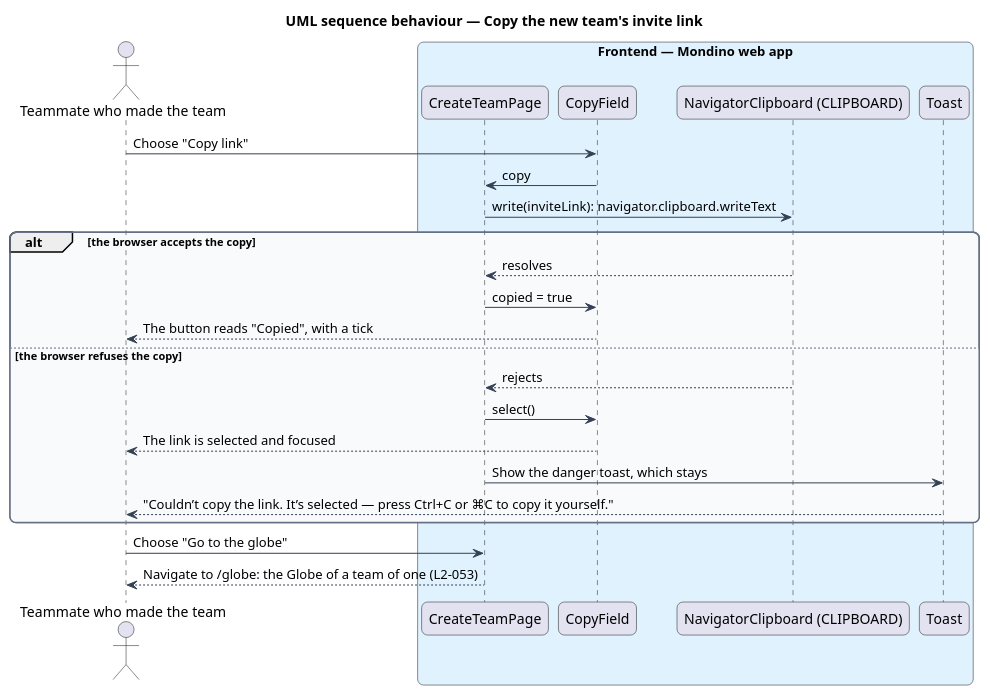
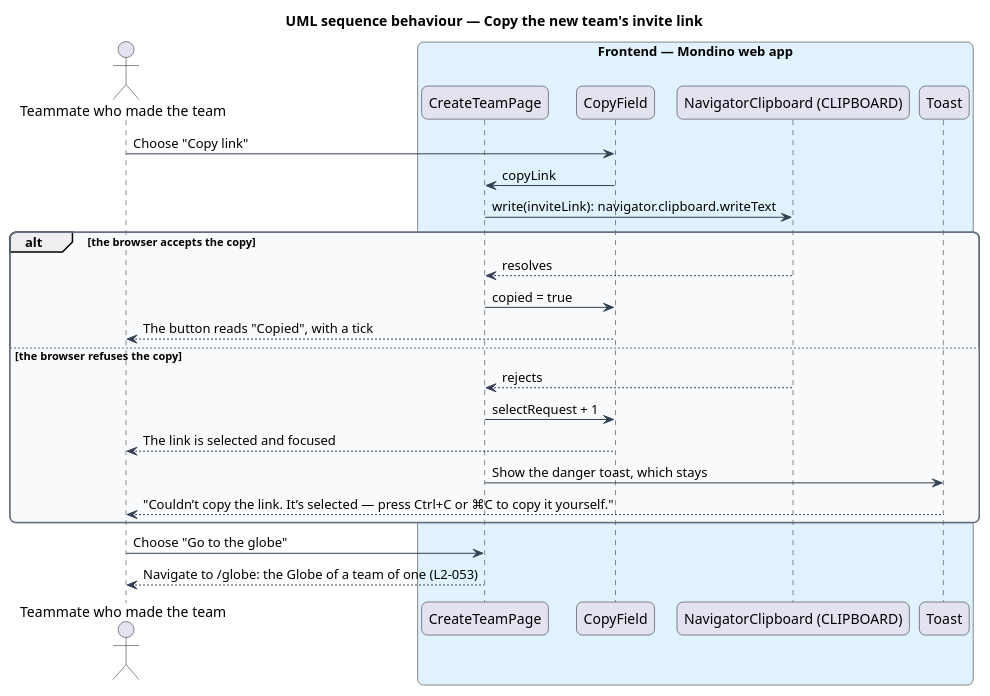
Before and after one commit to QuinntyneBrown/Mondino: the diagram in docs/detailed-designs/joining/make-team/diagrams/sequence-copy-new-invite-link.puml, drawn with PlantUML. The commit also changed 7 other files, not shown here.

Commit message:
Give the new team's invite link to copy, remember the team and lead on to the globe

```diff
--- a/docs/detailed-designs/joining/make-team/diagrams/sequence-copy-new-invite-link.puml
+++ b/docs/detailed-designs/joining/make-team/diagrams/sequence-copy-new-invite-link.puml
@@ -1,40 +1,40 @@
 @startuml
 title UML sequence behaviour — Copy the new team's invite link
 skinparam backgroundColor #FFFFFF
 skinparam shadowing false
 skinparam roundcorner 12
 skinparam defaultFontName Arial
 skinparam ArrowColor #344054
 skinparam rectangle {
   BorderColor #344054
   FontColor #101828
 }
 skinparam package {
   BorderColor #667085
   FontColor #101828
   BackgroundColor #F9FAFB
 }
 actor "Teammate who made the team" as actor
 box "Frontend — Mondino web app" #E0F2FE
   participant "CreateTeamPage" as page
   participant "CopyField" as field
   participant "NavigatorClipboard (CLIPBOARD)" as copier
   participant "Toast" as toast
 end box
 actor -> field : Choose "Copy link"
-field -> page : copy
+field -> page : copyLink
 page -> copier : write(inviteLink): navigator.clipboard.writeText
 alt the browser accepts the copy
   copier --> page : resolves
   page -> field : copied = true
   field --> actor : The button reads "Copied", with a tick
 else the browser refuses the copy
   copier --> page : rejects
-  page -> field : select()
+  page -> field : selectRequest + 1
   field --> actor : The link is selected and focused
   page -> toast : Show the danger toast, which stays
   toast --> actor : "Couldn’t copy the link. It’s selected — press Ctrl+C or ⌘C to copy it yourself."
 end
 actor -> page : Choose "Go to the globe"
 page --> actor : Navigate to /globe: the Globe of a team of one (L2-053)
 @enduml
```
